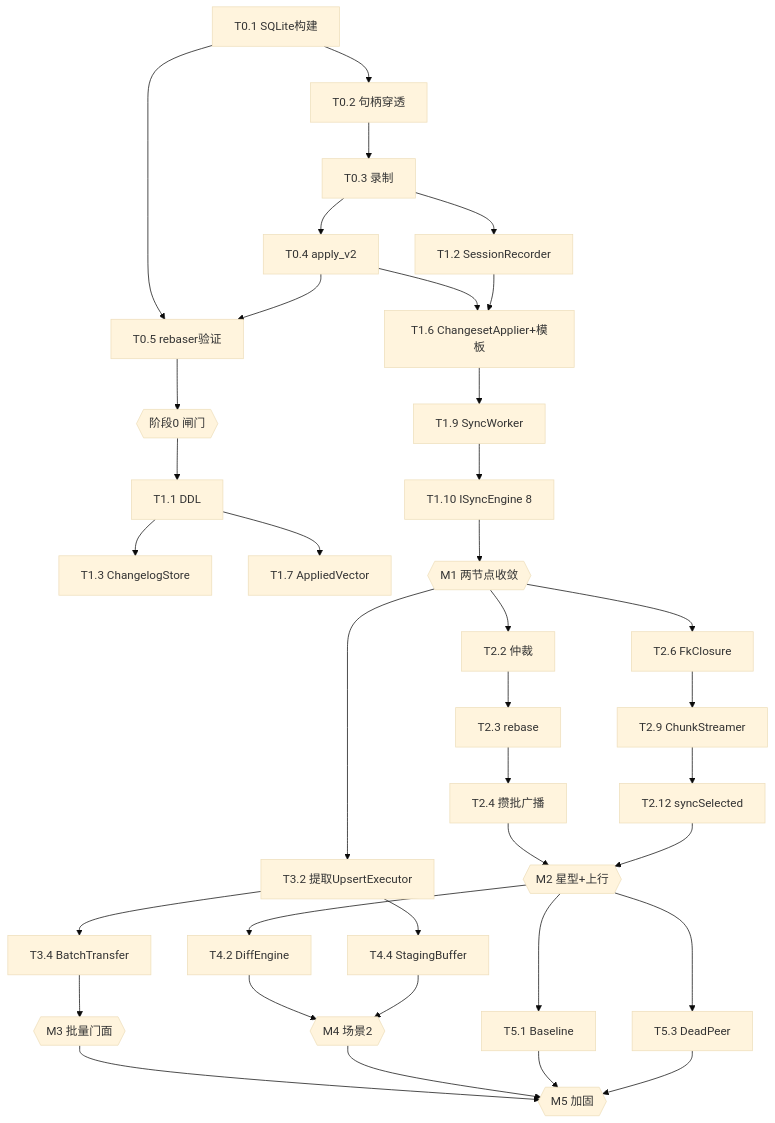
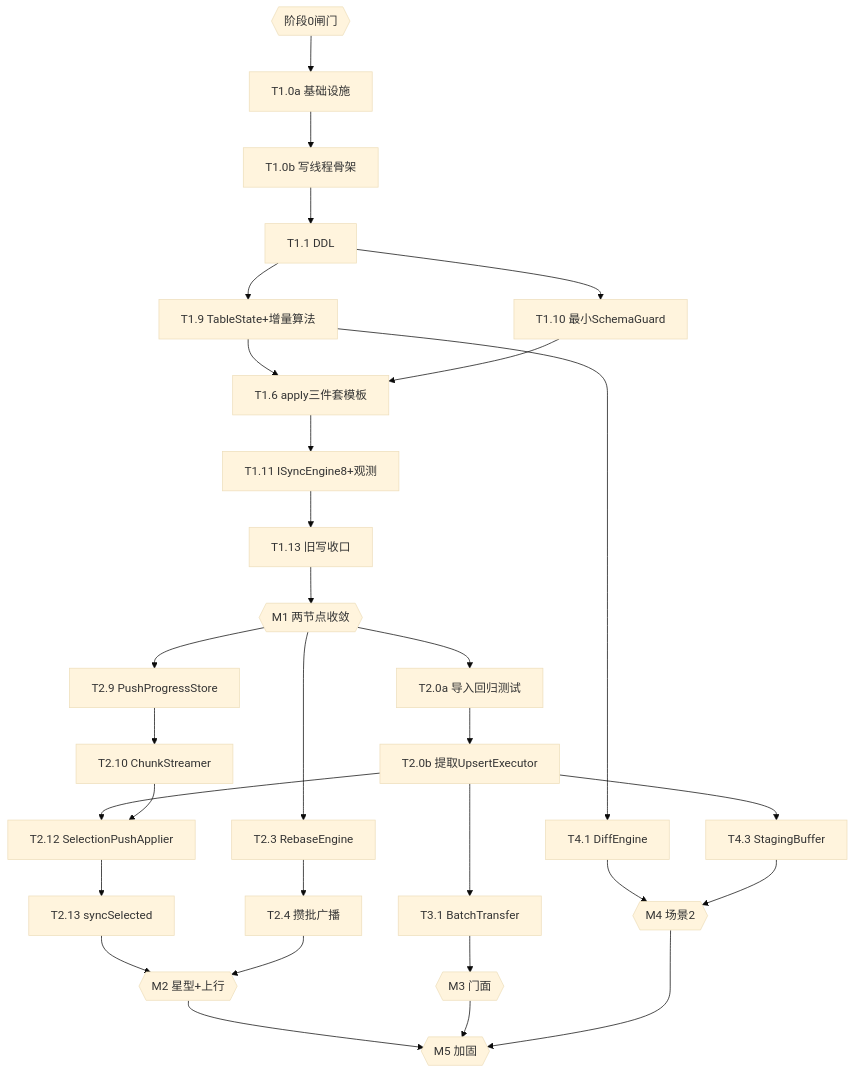
The second of 2 diagrams in specs/SQLite-同步工具-plan.md (055liufl/excelproject), drawn with Mermaid (base theme) before and after one commit. The commit also changed other lines of this file, not shown here.

````diff
--- a/specs/SQLite-同步工具-plan.md
+++ b/specs/SQLite-同步工具-plan.md
@@ -213,29 +163,24 @@
 ```mermaid
 graph TD
-    T01["T0.1 SQLite构建"] --> T05["T0.5 rebaser验证"]
-    T01 --> T02["T0.2 句柄穿透"]
-    T02 --> T03["T0.3 录制"] --> T04["T0.4 apply_v2"] --> T05
-    T05 --> M0{{阶段0 闸门}}
-    M0 --> T11["T1.1 DDL"]
-    T11 --> T13["T1.3 ChangelogStore"]
-    T03 --> T12["T1.2 SessionRecorder"]
-    T04 --> T16["T1.6 ChangesetApplier+模板"]
-    T12 --> T16
-    T11 --> T17["T1.7 AppliedVector"]
-    T16 --> T19["T1.9 SyncWorker"]
-    T19 --> T110["T1.10 ISyncEngine 8"]
-    T110 --> M1{{M1 两节点收敛}}
-    M1 --> T22["T2.2 仲裁"] --> T23["T2.3 rebase"] --> T24["T2.4 攒批广播"]
-    M1 --> T26["T2.6 FkClosure"] --> T29["T2.9 ChunkStreamer"] --> T212["T2.12 syncSelected"]
-    T24 --> M2{{M2 星型+上行}}
-    T212 --> M2
-    M1 --> T32["T3.2 提取UpsertExecutor"] --> T34["T3.4 BatchTransfer"] --> M3{{M3 批量门面}}
-    M2 --> T42["T4.2 DiffEngine"] --> M4{{M4 场景2}}
-    T32 --> T44["T4.4 StagingBuffer"] --> M4
-    M2 --> T51["T5.1 Baseline"]
-    M2 --> T53["T5.3 DeadPeer"]
-    M3 --> M5{{M5 加固}}
+    M0{{阶段0闸门}} --> T10a["T1.0a 基础设施"] --> T10b["T1.0b 写线程骨架"]
+    T10b --> T11["T1.1 DDL"]
+    T11 --> T19["T1.9 TableState+增量算法"]
+    T11 --> T110["T1.10 最小SchemaGuard"]
+    T19 --> T16["T1.6 apply三件套模板"]
+    T110 --> T16
+    T16 --> T111["T1.11 ISyncEngine8+观测"] --> T113["T1.13 旧写收口"]
+    T113 --> M1{{M1 两节点收敛}}
+    M1 --> T20a["T2.0a 导入回归测试"] --> T20b["T2.0b 提取UpsertExecutor"]
+    T20b --> T212["T2.12 SelectionPushApplier"]
+    M1 --> T29["T2.9 PushProgressStore"] --> T210["T2.10 ChunkStreamer"] --> T212
+    T212 --> T213["T2.13 syncSelected"]
+    M1 --> T23["T2.3 RebaseEngine"] --> T24["T2.4 攒批广播"]
+    T213 --> M2{{M2 星型+上行}}
+    T24 --> M2
+    T20b --> T31["T3.1 BatchTransfer"] --> M3{{M3 门面}}
+    T19 --> T41["T4.1 DiffEngine"] --> M4{{M4 场景2}}
+    T20b --> T43["T4.3 StagingBuffer"] --> M4
+    M2 --> M5{{M5 加固}}
+    M3 --> M5
     M4 --> M5
-    T51 --> M5
-    T53 --> M5
 ```
````
